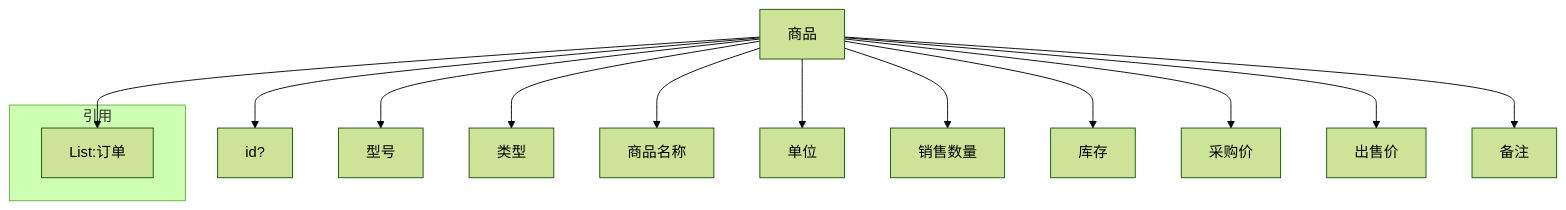
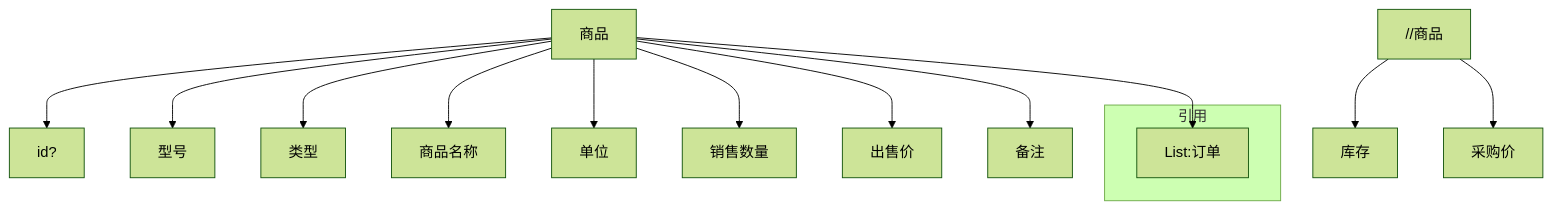
Before and after one commit to SummerRaid/Supermarket-Management-System: the fifth of 9 diagrams in doc/超市管理系统分析.md, drawn with Mermaid (forest theme). The commit also changed other lines of this file and 1 other file, not shown here.

Commit message:
改图

````diff
--- a/doc/超市管理系统分析.md
+++ b/doc/超市管理系统分析.md
@@ -139,17 +142,17 @@
 ```mermaid
 flowchart
 	商品 --> id?
 	商品 --> 型号
 	商品 --> 类型
 	商品 --> 商品名称
 	商品 --> 单位
 	商品 --> 销售数量
-	商品 --> 库存
-	商品 --> 采购价
+	//商品 --> 库存
+	//商品 --> 采购价
 	商品 --> 出售价
 	商品 --> 备注
 	商品 --> List:订单
 	subgraph 引用
 	List:订单
 	end
 ```
````
